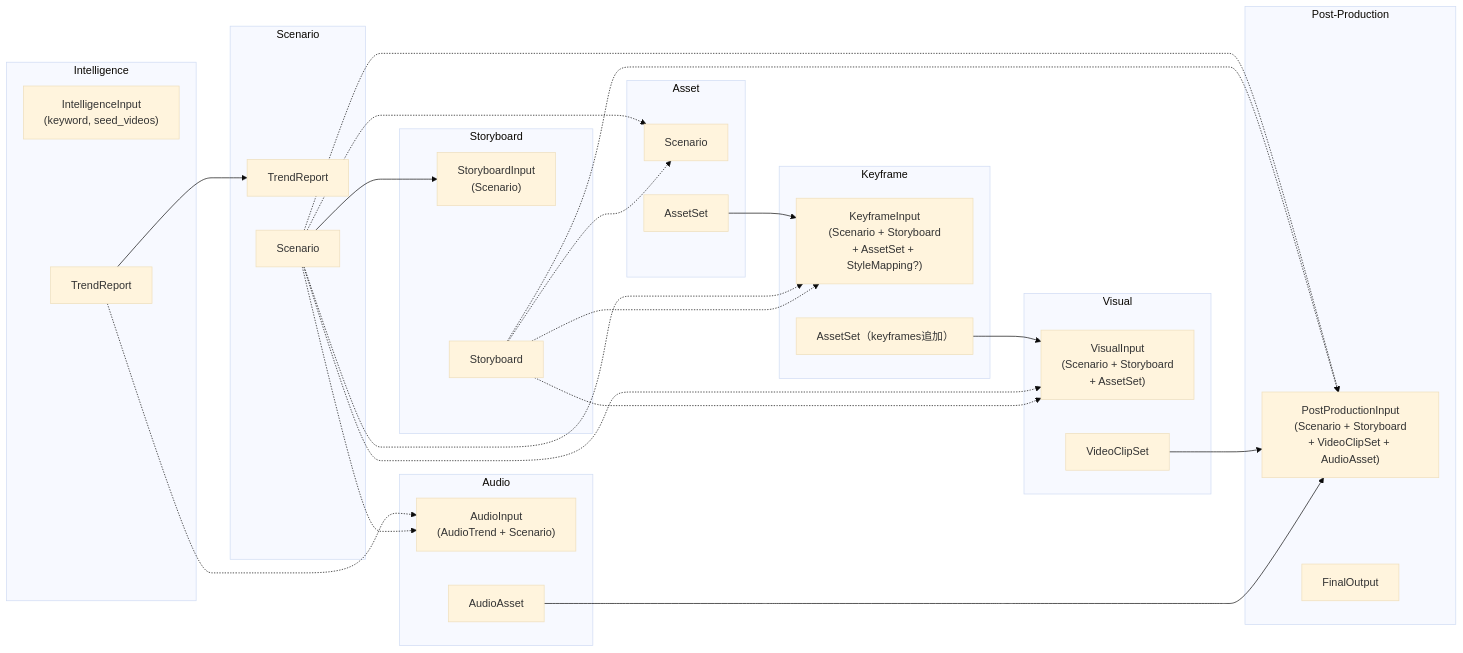
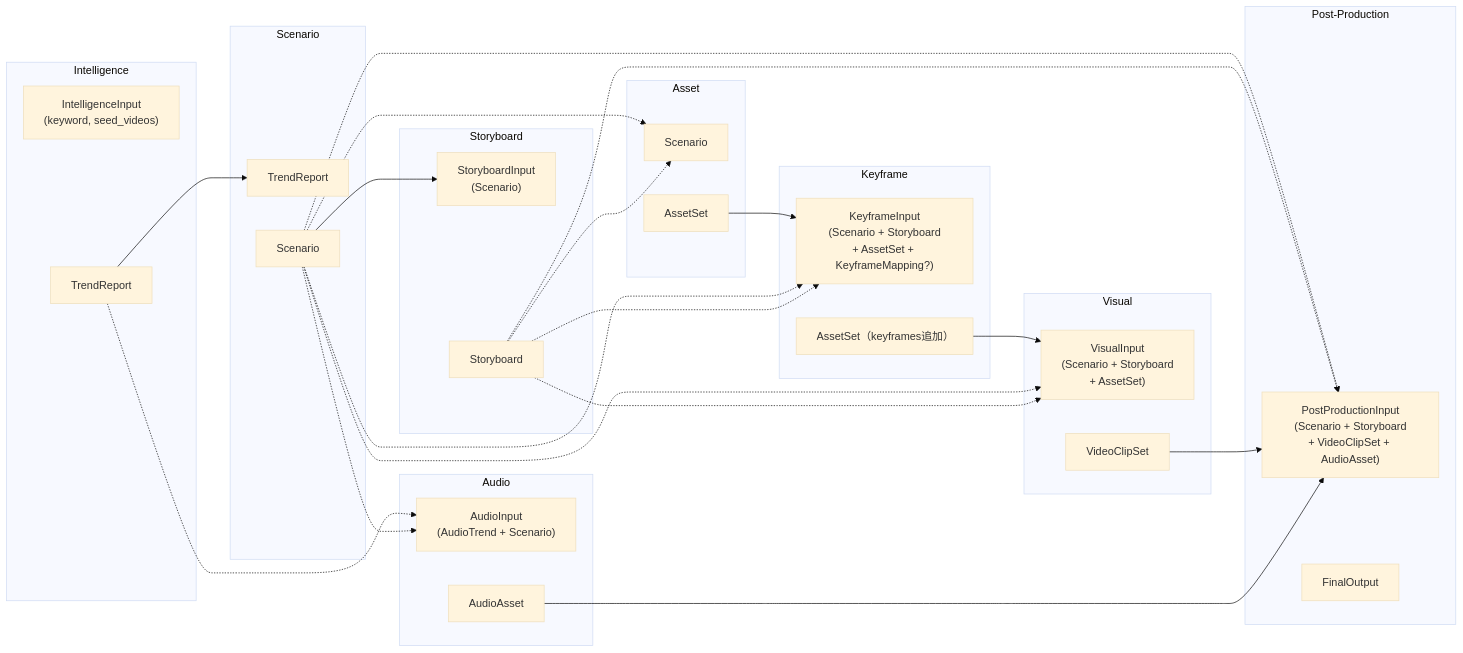
One commit to yamaguchi-milkcocholate/weekly_dev changed the second of 2 diagrams in daily_routine/docs/designs/t1_overall_flow.md. Above: the diagram before and after it, drawn with Mermaid (base theme). The commit also changed other lines of this file and 59 other files, not shown here.

````diff
--- a/daily_routine/docs/designs/t1_overall_flow.md
+++ b/daily_routine/docs/designs/t1_overall_flow.md
@@ -237,59 +338,59 @@
 ```mermaid
 flowchart LR
     subgraph "Intelligence"
         I_IN["IntelligenceInput<br/>(keyword, seed_videos)"]
         I_OUT["TrendReport"]
     end
 
     subgraph "Scenario"
         S_IN["TrendReport"]
         S_OUT["Scenario"]
     end
 
     subgraph "Storyboard"
         SB_IN["StoryboardInput<br/>(Scenario)"]
         SB_OUT["Storyboard"]
     end
 
     subgraph "Asset"
         A_IN["Scenario"]
         A_OUT["AssetSet"]
     end
 
     subgraph "Keyframe"
-        K_IN["KeyframeInput<br/>(Scenario + Storyboard<br/>+ AssetSet + StyleMapping?)"]
+        K_IN["KeyframeInput<br/>(Scenario + Storyboard<br/>+ AssetSet + KeyframeMapping?)"]
         K_OUT["AssetSet（keyframes追加）"]
     end
 
     subgraph "Visual"
         V_IN["VisualInput<br/>(Scenario + Storyboard<br/>+ AssetSet)"]
         V_OUT["VideoClipSet"]
     end
 
     subgraph "Audio"
         AU_IN["AudioInput<br/>(AudioTrend + Scenario)"]
         AU_OUT["AudioAsset"]
     end
 
     subgraph "Post-Production"
         P_IN["PostProductionInput<br/>(Scenario + Storyboard<br/>+ VideoClipSet + AudioAsset)"]
         P_OUT["FinalOutput"]
     end
 
     I_OUT --> S_IN
     S_OUT --> SB_IN
     S_OUT -.-> A_IN
     SB_OUT -.-> A_IN
     A_OUT --> K_IN
     S_OUT -.-> K_IN
     SB_OUT -.-> K_IN
     K_OUT --> V_IN
     S_OUT -.-> V_IN
     SB_OUT -.-> V_IN
     I_OUT -.-> AU_IN
     S_OUT -.-> AU_IN
     S_OUT -.-> P_IN
     SB_OUT -.-> P_IN
     V_OUT --> P_IN
     AU_OUT --> P_IN
 ```
````
